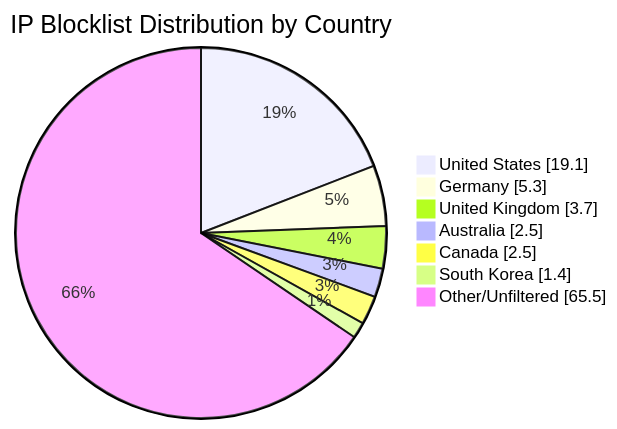
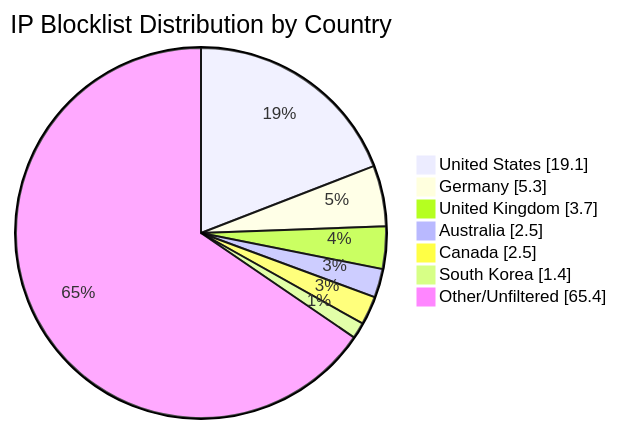
Before and after one commit to MarcusHoltz/ipblocklist-geofiltered-aggregator: the diagram in README.md, drawn with Mermaid. The commit also changed other lines of this file and 9 other files, not shown here.

````diff
--- a/README.md
+++ b/README.md
@@ -34,10 +34,10 @@
 ```mermaid
 pie showData title IP Blocklist Distribution by Country
 "United States" : 19.1
 "Germany" : 5.3
 "United Kingdom" : 3.7
 "Australia" : 2.5
 "Canada" : 2.5
 "South Korea" : 1.4
-"Other/Unfiltered" : 65.5
+"Other/Unfiltered" : 65.4
 ```
````
